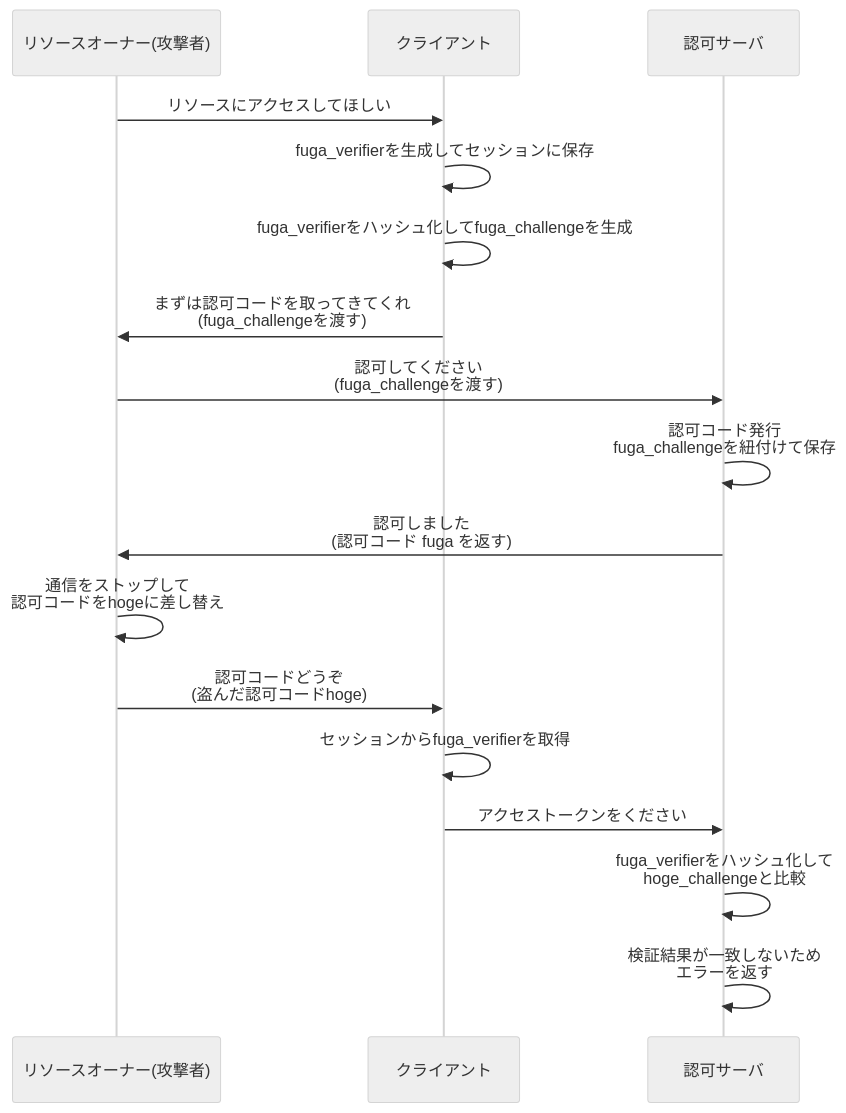
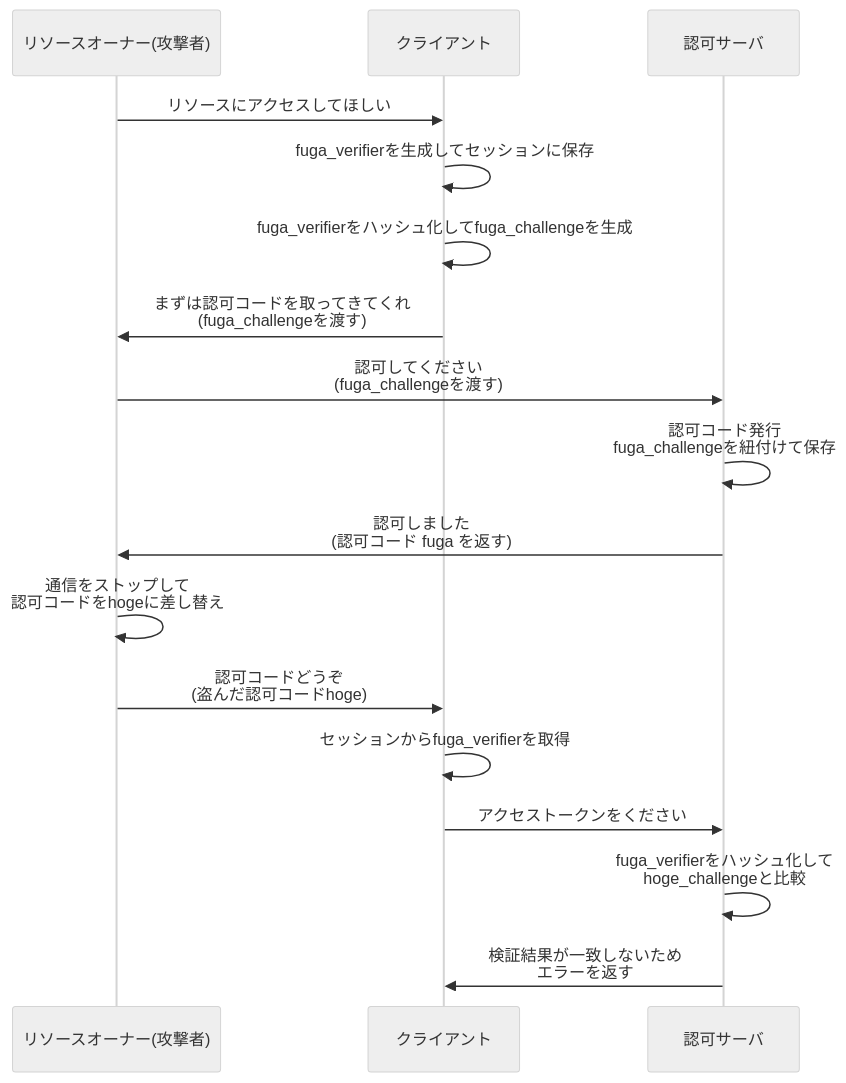
Diagram 12 of 20 in articles/5e8da6c491e720.md (calloc134/zenn-dir), drawn with Mermaid (neutral theme) before and after one commit. The commit also changed other lines of this file, not shown here.

````diff
--- a/articles/5e8da6c491e720.md
+++ b/articles/5e8da6c491e720.md
@@ -1101,21 +1101,21 @@
 ```mermaid
 sequenceDiagram
     participant リソースオーナー(攻撃者)
     participant クライアント
     participant 認可サーバ
 
     リソースオーナー(攻撃者)->>クライアント: リソースにアクセスしてほしい
     クライアント->>クライアント: fuga_verifierを生成してセッションに保存
     クライアント->>クライアント: fuga_verifierをハッシュ化してfuga_challengeを生成
     クライアント->>リソースオーナー(攻撃者): まずは認可コードを取ってきてくれ<br>(fuga_challengeを渡す)
     リソースオーナー(攻撃者)->>認可サーバ: 認可してください<br>(fuga_challengeを渡す)
     認可サーバ->>認可サーバ: 認可コード発行<br>fuga_challengeを紐付けて保存
     認可サーバ->>リソースオーナー(攻撃者): 認可しました<br>(認可コード fuga を返す)
     リソースオーナー(攻撃者)->>リソースオーナー(攻撃者): 通信をストップして<br>認可コードをhogeに差し替え
     リソースオーナー(攻撃者)->>クライアント: 認可コードどうぞ<br>(盗んだ認可コードhoge)
     クライアント->>クライアント: セッションからfuga_verifierを取得
     クライアント->>認可サーバ: アクセストークンをください
     認可サーバ->>認可サーバ: fuga_verifierをハッシュ化して<br>hoge_challengeと比較
-    認可サーバ->>認可サーバ: 検証結果が一致しないため<br>エラーを返す
+    認可サーバ->>クライアント: 検証結果が一致しないため<br>エラーを返す
 
 ```
````
